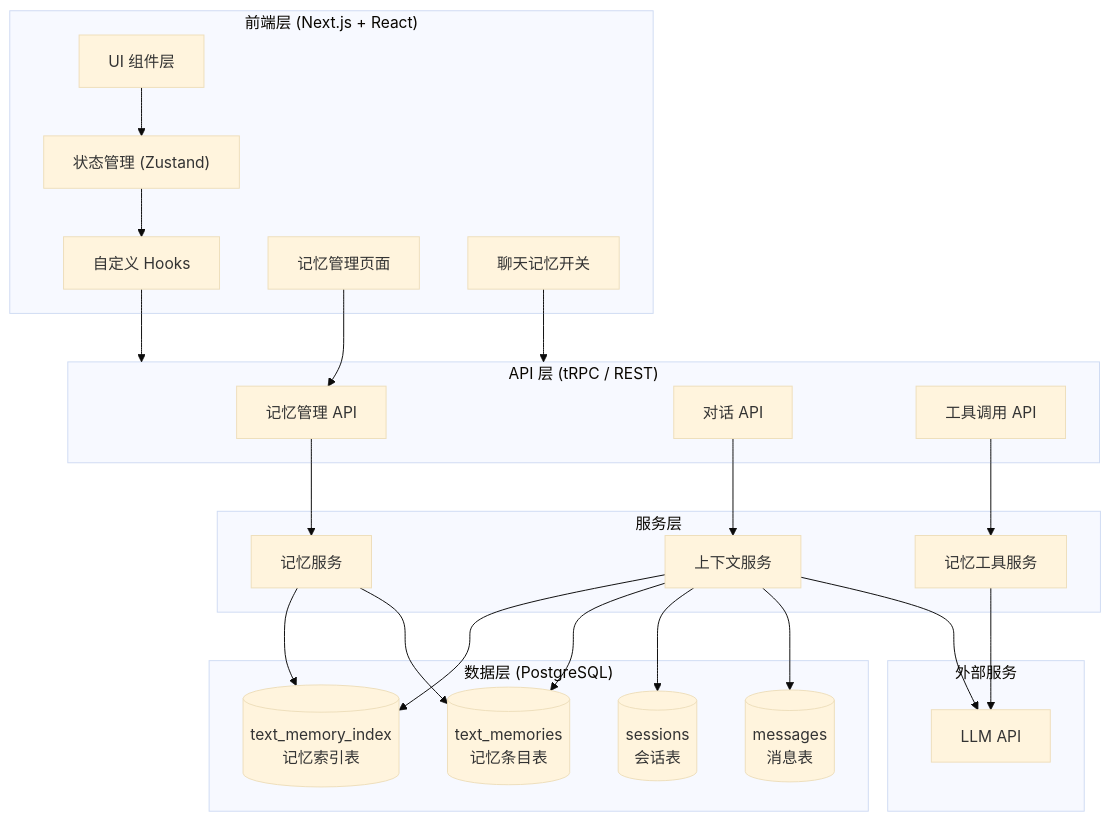
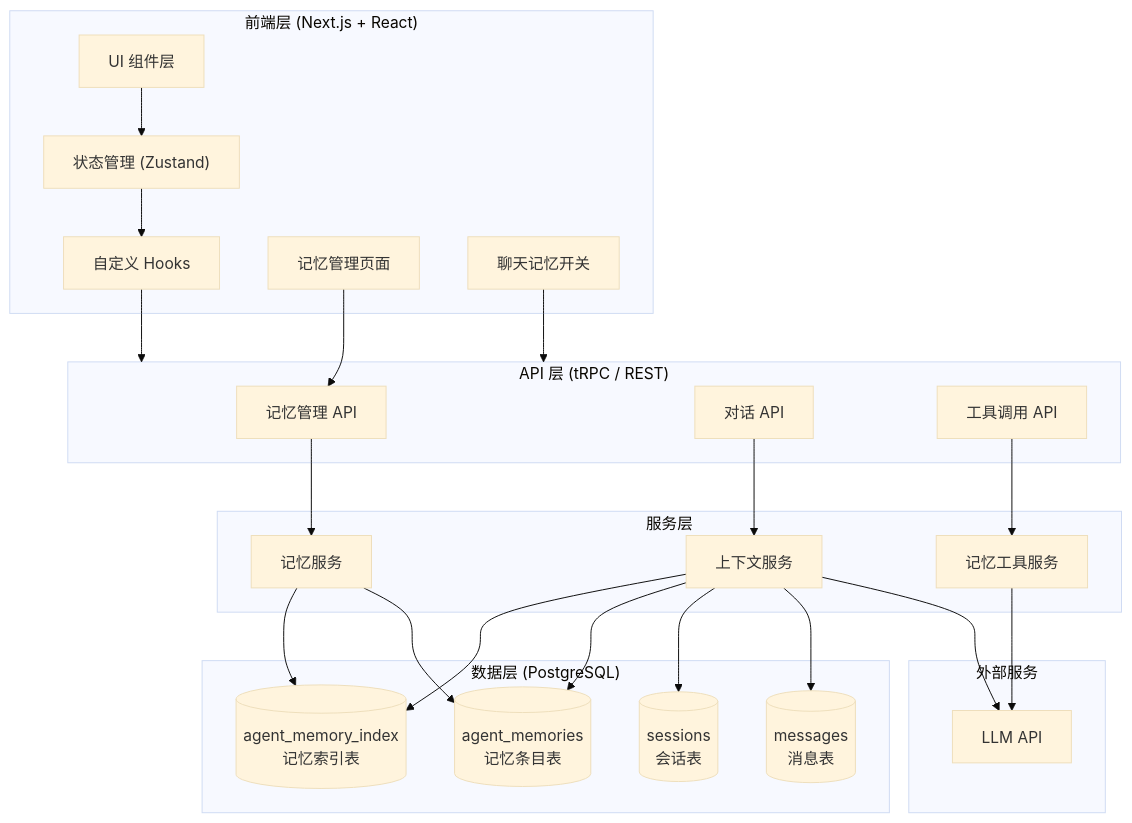
One commit to RudolphHuang/openclaw_doc changed the second of 14 diagrams in bar/记忆设计方案.md. Above: the diagram before and after it, drawn with Mermaid (base theme). The commit also changed other lines of this file, not shown here.

````diff
--- a/bar/记忆设计方案.md
+++ b/bar/记忆设计方案.md
@@ -48,53 +48,53 @@
 ```mermaid
 flowchart TB
     subgraph Frontend["前端层 (Next.js + React)"]
         UI["UI 组件层"]
         State["状态管理 (Zustand)"]
         Hooks["自定义 Hooks"]
         MemoryPage["记忆管理页面"]
         ChatToggle["聊天记忆开关"]
     end
     
     subgraph API["API 层 (tRPC / REST)"]
         MemoryAPI["记忆管理 API"]
         ChatAPI["对话 API"]
         ToolAPI["工具调用 API"]
     end
     
     subgraph Service["服务层"]
         MemoryService["记忆服务"]
         ContextService["上下文服务"]
         ToolService["记忆工具服务"]
     end
     
     subgraph Database["数据层 (PostgreSQL)"]
-        IndexDB[("text_memory_index<br/>记忆索引表")]
-        EntryDB[("text_memories<br/>记忆条目表")]
+        IndexDB[("agent_memory_index<br/>记忆索引表")]
+        EntryDB[("agent_memories<br/>记忆条目表")]
         SessionDB[("sessions<br/>会话表")]
         MessageDB[("messages<br/>消息表")]
     end
     
     subgraph External["外部服务"]
         LLM["LLM API"]
     end
     
     UI --> State
     State --> Hooks
     Hooks --> API
     MemoryPage --> MemoryAPI
     ChatToggle --> API
     
     MemoryAPI --> MemoryService
     ChatAPI --> ContextService
     ToolAPI --> ToolService
     
     MemoryService --> IndexDB
     MemoryService --> EntryDB
     ContextService --> IndexDB
     ContextService --> EntryDB
     ContextService --> SessionDB
     ContextService --> MessageDB
     
     ContextService --> LLM
     ToolService --> LLM
 ```
````
